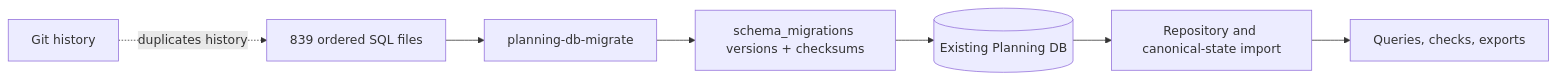
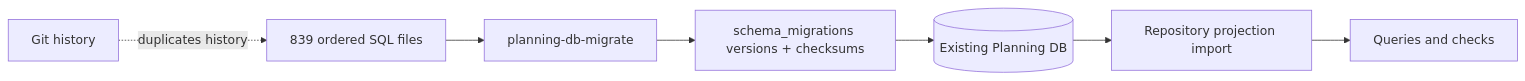
One commit to dunay2/dvt changed the first of 2 diagrams in docs/planning/proposals/mandatory/governance-and-docs/planning-db-current-schema-hard-cut-plan-20260808.md. Above: the diagram before and after it, drawn with Mermaid. The commit also changed other lines of this file and 70 other files, not shown here.

````diff
--- a/docs/planning/proposals/mandatory/governance-and-docs/planning-db-current-schema-hard-cut-plan-20260808.md
+++ b/docs/planning/proposals/mandatory/governance-and-docs/planning-db-current-schema-hard-cut-plan-20260808.md
@@ -66,9 +71,9 @@
 ```mermaid
 flowchart LR
   History[839 ordered SQL files] --> Runner[planning-db-migrate]
   Runner --> Ledger[schema_migrations versions + checksums]
   Ledger --> Existing[(Existing Planning DB)]
-  Existing --> Import[Repository and canonical-state import]
-  Import --> Queries[Queries, checks, exports]
+  Existing --> Import[Repository projection import]
+  Import --> Queries[Queries and checks]
   Git[Git history] -. duplicates history .-> History
 ```
````
